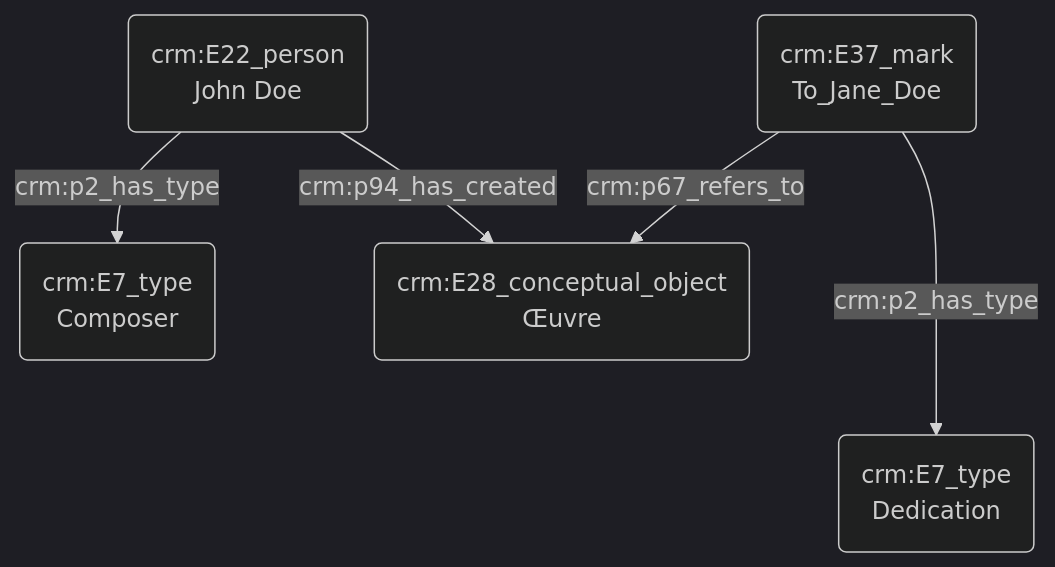
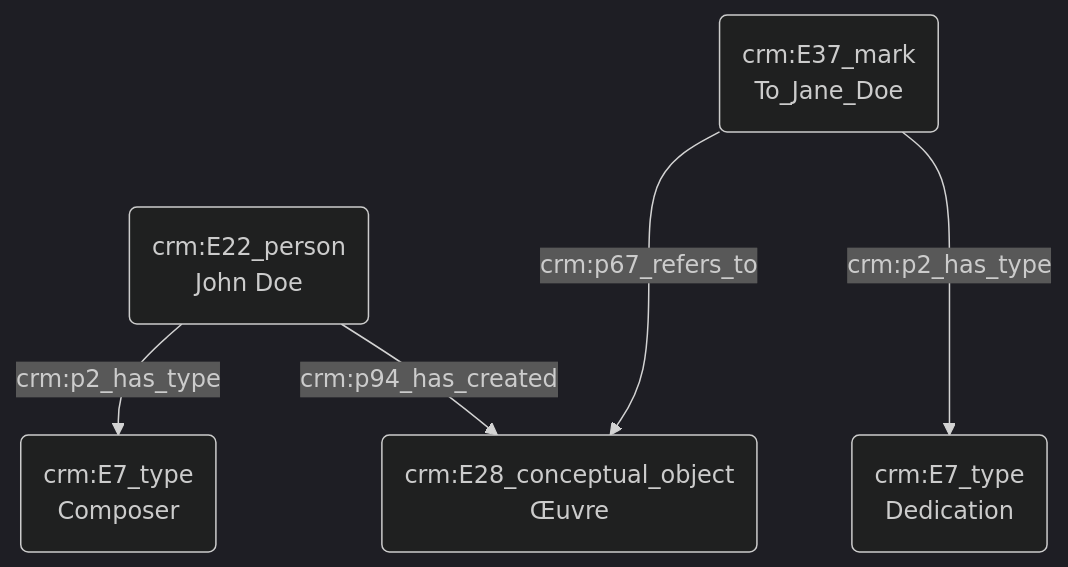
The diagram in modules/livrables/Dossier 2/Indexation conceptuelle/dédicataire d'une œuvre.md (Amleth/consortium-musica2-gt2-ontologies), drawn with Mermaid (dark theme) before and after one commit.

Commit message:
Update dédicataire d'une œuvre.md

````diff
--- a/modules/livrables/Dossier 2/Indexation conceptuelle/dédicataire d'une œuvre.md
+++ b/modules/livrables/Dossier 2/Indexation conceptuelle/dédicataire d'une œuvre.md
@@ -13,9 +13,9 @@
 ```mermaid
 graph TD;
 
 A(crm:E22_person<br>John Doe) --> |crm:p2_has_type| B(crm:E7_type<br>Composer)
 A(crm:E22_person<br>John Doe) --> |crm:p94_has_created| C(crm:E28_conceptual_object<br>Œuvre)
-D(crm:E37_mark<br>To_Jane_Doe) --> |crm:p67_refers_to|C(crm:E28_conceptual_object<br>Œuvre) 
+D(crm:E37_mark<br>To_Jane_Doe) ---> |crm:p67_refers_to|C(crm:E28_conceptual_object<br>Œuvre) 
 D(crm:E37_mark<br>To_Jane_Doe) ---> |crm:p2_has_type| E(crm:E7_type<br>Dedication)
 
 ```
````
